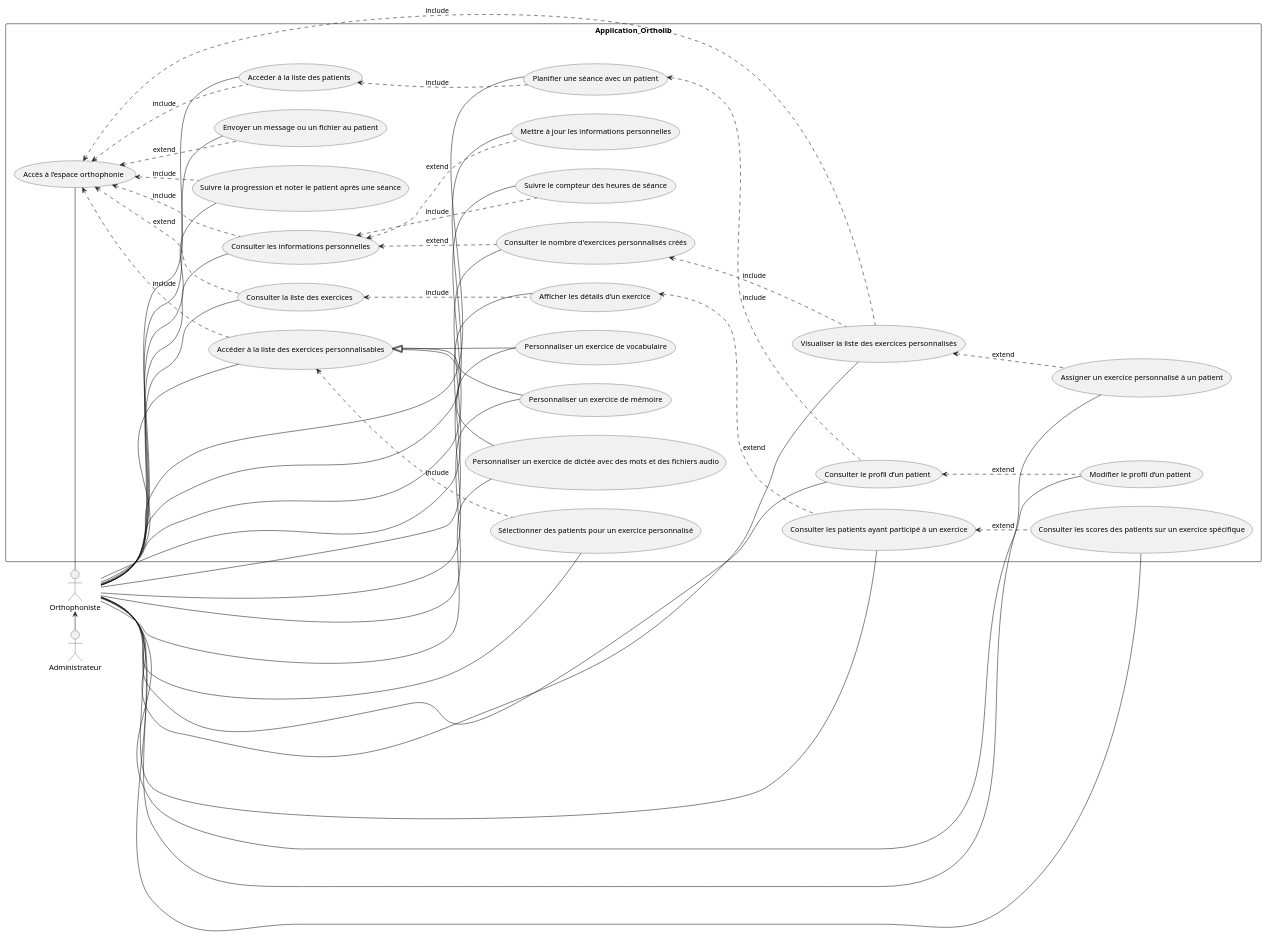
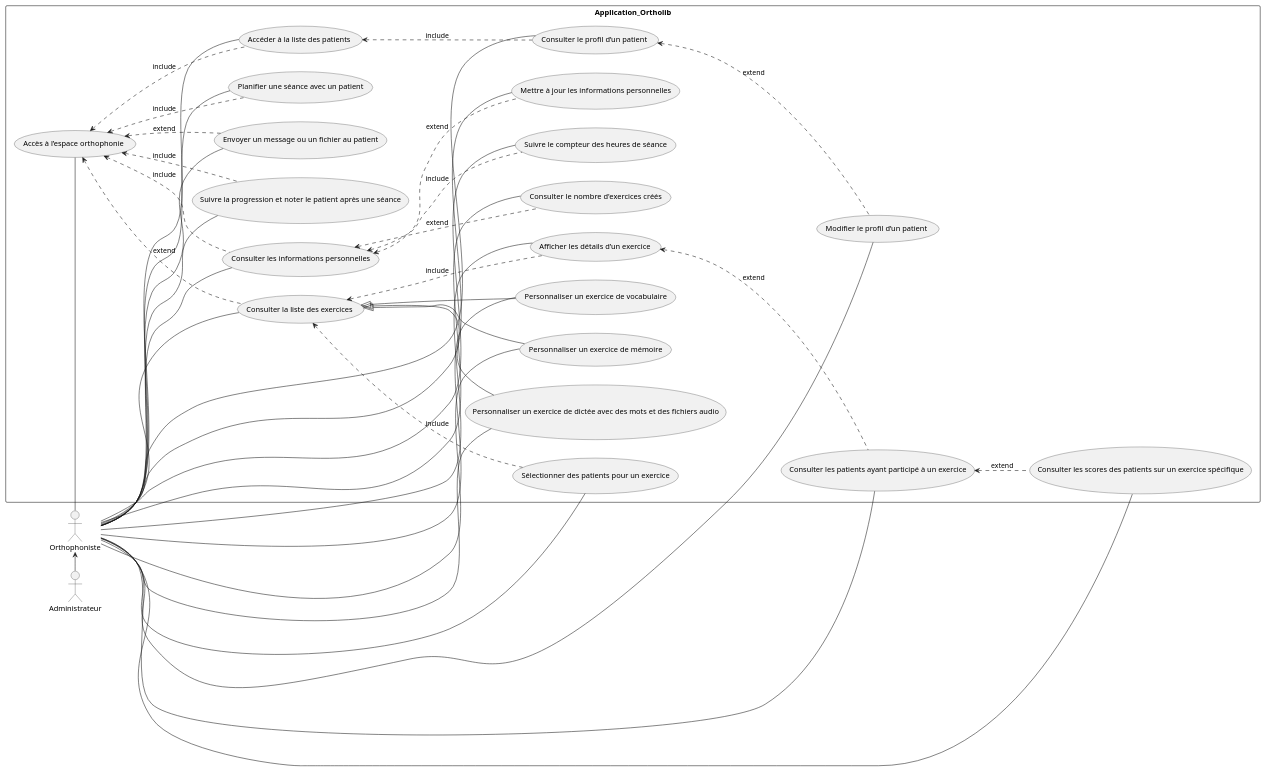
The diagram in analyse/UML/Fonctionnel/orthophoniste/orthophoniste.wsd (elamranibilel/Ortholib), drawn with PlantUML before and after one commit. The commit also changed 5 other files, not shown here.

```diff
--- a/analyse/UML/Fonctionnel/orthophoniste/orthophoniste.wsd
+++ b/analyse/UML/Fonctionnel/orthophoniste/orthophoniste.wsd
@@ -1,87 +1,77 @@
 @startuml Application_Orthophoniste
 
 left to right direction
 
 actor Administrateur as Admin
 actor Orthophoniste
 
 rectangle Application_Ortholib {
     usecase "Accès à l’espace orthophonie" as EspaceOrthophonie
     usecase "Accéder à la liste des patients" as AccederListePatients
     usecase "Planifier une séance avec un patient" as PlanifierSeancePatient
     usecase "Consulter le profil d’un patient" as ConsulterProfilPatient
     usecase "Modifier le profil d’un patient" as ModifierProfilPatient
     usecase "Envoyer un message ou un fichier au patient" as EnvoyerMessageFichier
     usecase "Suivre la progression et noter le patient après une séance" as SuivreProgresNoterPatient
     usecase "Consulter les informations personnelles" as ConsulterInfos
     usecase "Mettre à jour les informations personnelles" as ModifierInfos
     usecase "Suivre le compteur des heures de séance" as SuivreCompteurHeuresSeance
-    usecase "Consulter le nombre d'exercices personnalisés créés" as ConsulterNombreExercicesPersonnalises
-    usecase "Visualiser la liste des exercices personnalisés" as VisualiserListeExercicesPersonnalises
-    usecase "Assigner un exercice personnalisé à un patient" as AssignerExercicePersonnalisePatient
+    usecase "Consulter le nombre d'exercices créés" as ConsulterNombreExercicesPersonnalises
     usecase "Consulter la liste des exercices" as ConsulterListeExercices
     usecase "Afficher les détails d’un exercice" as AfficherDetailsExercice
     usecase "Consulter les patients ayant participé à un exercice" as ConsulterPatientsExercice
     usecase "Consulter les scores des patients sur un exercice spécifique" as ConsulterScoresExercice  
-    usecase "Accéder à la liste des exercices personnalisables" as ListeExercicesPersonnalisables
     usecase "Personnaliser un exercice de vocabulaire" as PersonnaliserVocabulaire
     usecase "Personnaliser un exercice de mémoire" as PersonnaliserMemoire
     usecase "Personnaliser un exercice de dictée avec des mots et des fichiers audio" as PersonnaliserDicteeMotsAudio
-    usecase "Sélectionner des patients pour un exercice personnalisé" as SelectionnerPatientsExercice
+    usecase "Sélectionner des patients pour un exercice" as SelectionnerPatientsExercice
 }
 
 /' ACTORS -- ACTORS '/
 
 Orthophoniste <- Admin
 
 /' ACTORS -- USECASES '/
 
 Orthophoniste -- EspaceOrthophonie
 Orthophoniste -- AccederListePatients
 Orthophoniste -- PlanifierSeancePatient
 Orthophoniste -- ConsulterProfilPatient
 Orthophoniste -- ModifierProfilPatient
 Orthophoniste -- EnvoyerMessageFichier
 Orthophoniste -- SuivreProgresNoterPatient
 Orthophoniste -- ConsulterInfos
 Orthophoniste -- ModifierInfos
 Orthophoniste -- SuivreCompteurHeuresSeance
 Orthophoniste -- ConsulterNombreExercicesPersonnalises
-Orthophoniste -- VisualiserListeExercicesPersonnalises
-Orthophoniste -- AssignerExercicePersonnalisePatient
 Orthophoniste -- ConsulterListeExercices
 Orthophoniste -- AfficherDetailsExercice
 Orthophoniste -- ConsulterPatientsExercice
 Orthophoniste -- ConsulterScoresExercice
-Orthophoniste -- ListeExercicesPersonnalisables
 Orthophoniste -- PersonnaliserVocabulaire
 Orthophoniste -- PersonnaliserMemoire
 Orthophoniste -- PersonnaliserDicteeMotsAudio
 Orthophoniste -- SelectionnerPatientsExercice
 
 /' USECASES -- USECASES '/
 
 EspaceOrthophonie <.. AccederListePatients : include
-AccederListePatients <.. PlanifierSeancePatient : include
-PlanifierSeancePatient <.. ConsulterProfilPatient : include
+EspaceOrthophonie <.. PlanifierSeancePatient : include
+AccederListePatients <.. ConsulterProfilPatient : include
 ConsulterProfilPatient <.. ModifierProfilPatient : extend
 EspaceOrthophonie <.. EnvoyerMessageFichier : extend
 EspaceOrthophonie <.. SuivreProgresNoterPatient : include
 EspaceOrthophonie <.. ConsulterInfos : include
 ConsulterInfos <.. ModifierInfos : extend
 ConsulterInfos <.. SuivreCompteurHeuresSeance : include
 ConsulterInfos <.. ConsulterNombreExercicesPersonnalises : extend
-ConsulterNombreExercicesPersonnalises <.. VisualiserListeExercicesPersonnalises : include
-EspaceOrthophonie <.. VisualiserListeExercicesPersonnalises : include
-VisualiserListeExercicesPersonnalises <.. AssignerExercicePersonnalisePatient : extend
 EspaceOrthophonie <.. ConsulterListeExercices : extend
 ConsulterListeExercices <.. AfficherDetailsExercice : include
 AfficherDetailsExercice <.. ConsulterPatientsExercice : extend
 ConsulterPatientsExercice <.. ConsulterScoresExercice : extend
-EspaceOrthophonie <.. ListeExercicesPersonnalisables : include
-ListeExercicesPersonnalisables <|-- PersonnaliserVocabulaire 
-ListeExercicesPersonnalisables <|-- PersonnaliserMemoire 
-ListeExercicesPersonnalisables <|-- PersonnaliserDicteeMotsAudio
-ListeExercicesPersonnalisables <.. SelectionnerPatientsExercice : include
+ConsulterListeExercices <|-- PersonnaliserVocabulaire 
+ConsulterListeExercices <|-- PersonnaliserMemoire 
+ConsulterListeExercices <|-- PersonnaliserDicteeMotsAudio
+ConsulterListeExercices <.. SelectionnerPatientsExercice : include
 
 @enduml
```
